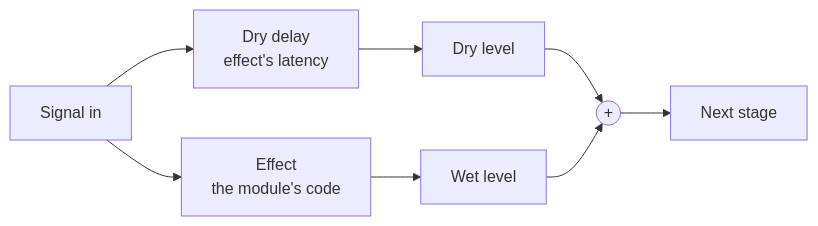
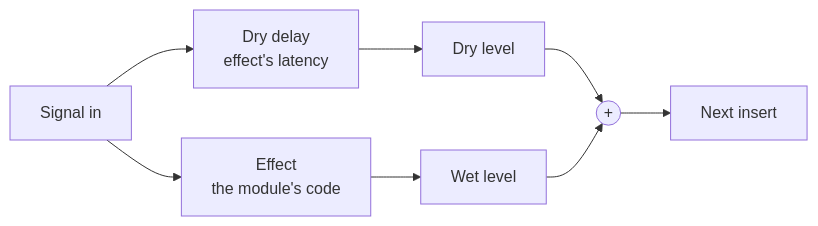
Before and after one commit to Affid/modular-av: the second of 2 diagrams in docs/voice-routing.md, drawn with Mermaid. The commit also changed other lines of this file and 7 other files, not shown here.

````diff
--- a/docs/voice-routing.md
+++ b/docs/voice-routing.md
@@ -39,10 +39,10 @@
 ```mermaid
 flowchart LR
   in[Signal in] --> delay["Dry delay<br/>effect's latency"]
   delay --> dry[Dry level]
   in --> effect["Effect<br/>the module's code"]
   effect --> wet[Wet level]
   dry --> sum((+))
   wet --> sum
-  sum --> next[Next stage]
+  sum --> next[Next insert]
 ```
````
